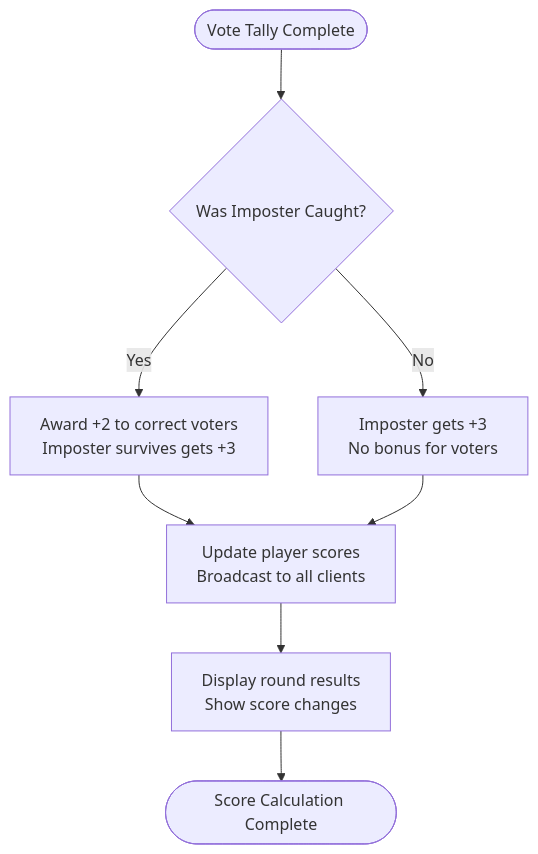
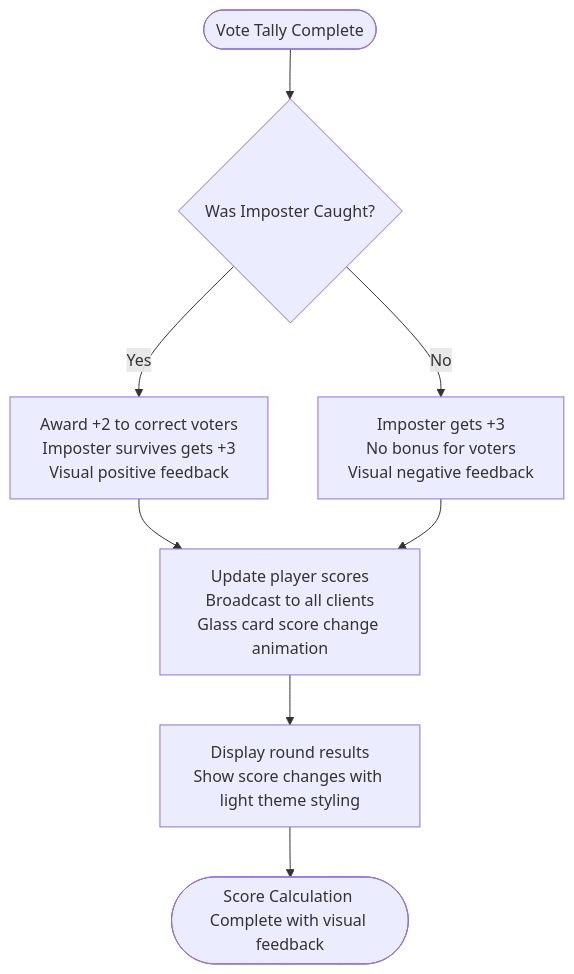
One commit to sparshgupta001/imposter_game changed the fifth of 8 diagrams in .qoder/repowiki/en/content/Game Screens and UI Components/Results Screen.md. Above: the diagram before and after it, drawn with Mermaid. The commit also changed other lines of this file and 22 other files, not shown here.

````diff
--- a/.qoder/repowiki/en/content/Game Screens and UI Components/Results Screen.md
+++ b/.qoder/repowiki/en/content/Game Screens and UI Components/Results Screen.md
@@ -236,10 +259,10 @@
 ```mermaid
 flowchart TD
 Start([Vote Tally Complete]) --> CheckImposter{"Was Imposter Caught?"}
-CheckImposter --> |Yes| CorrectVoters["Award +2 to correct voters<br/>Imposter survives gets +3"]
-CheckImposter --> |No| ImposterSurvives["Imposter gets +3<br/>No bonus for voters"]
-CorrectVoters --> UpdateScores["Update player scores<br/>Broadcast to all clients"]
+CheckImposter --> |Yes| CorrectVoters["Award +2 to correct voters<br/>Imposter survives gets +3<br/>Visual positive feedback"]
+CheckImposter --> |No| ImposterSurvives["Imposter gets +3<br/>No bonus for voters<br/>Visual negative feedback"]
+CorrectVoters --> UpdateScores["Update player scores<br/>Broadcast to all clients<br/>Glass card score change animation"]
 ImposterSurvives --> UpdateScores
-UpdateScores --> DisplayResults["Display round results<br/>Show score changes"]
-DisplayResults --> End([Score Calculation Complete])
+UpdateScores --> DisplayResults["Display round results<br/>Show score changes with light theme styling"]
+DisplayResults --> End([Score Calculation Complete with visual feedback])
 ```
````
